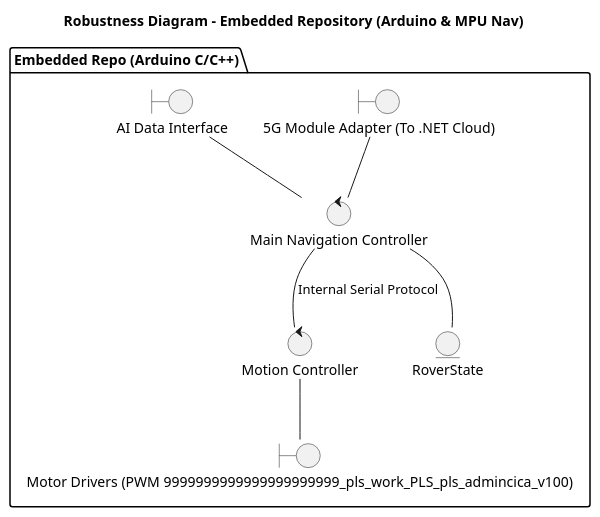
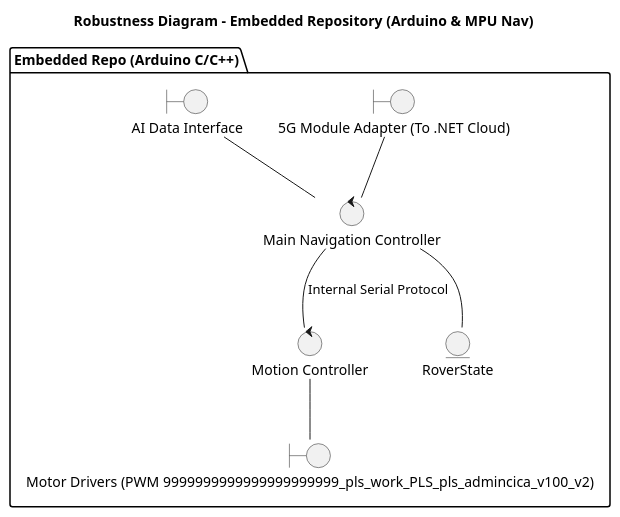
One commit to NOKIA-5G-SOS-Rover/Integrator changed the diagram in docs/architecture/diagrams/structural/embedded_bce.puml. Above: the diagram before and after it, drawn with PlantUML.

Commit message:
try no.9

```diff
--- a/docs/architecture/diagrams/structural/embedded_bce.puml
+++ b/docs/architecture/diagrams/structural/embedded_bce.puml
@@ -1,24 +1,24 @@
 @startuml embedded_bce
 title Robustness Diagram - Embedded Repository (Arduino & MPU Nav)
 
 skinparam backgroundColor white
 skinparam componentStyle uml2
 
 package "Embedded Repo (Arduino C/C++)" {
     boundary "5G Module Adapter (To .NET Cloud)" as 5GBnd
-    boundary "Motor Drivers (PWM 9999999999999999999999_pls_work_PLS_pls_admincica_v100)" as MotorBnd
+    boundary "Motor Drivers (PWM 9999999999999999999999_pls_work_PLS_pls_admincica_v100_v2)" as MotorBnd
     boundary "AI Data Interface" as AIBnd
     
     control "Main Navigation Controller" as NavCtrl
     control "Motion Controller" as MotionCtrl
     
     entity "RoverState" as StateEnt
     
     5GBnd -- NavCtrl
     AIBnd -- NavCtrl
     NavCtrl -- StateEnt
     
     NavCtrl -- MotionCtrl : Internal Serial Protocol
     MotionCtrl -- MotorBnd
 }
 @enduml
```
